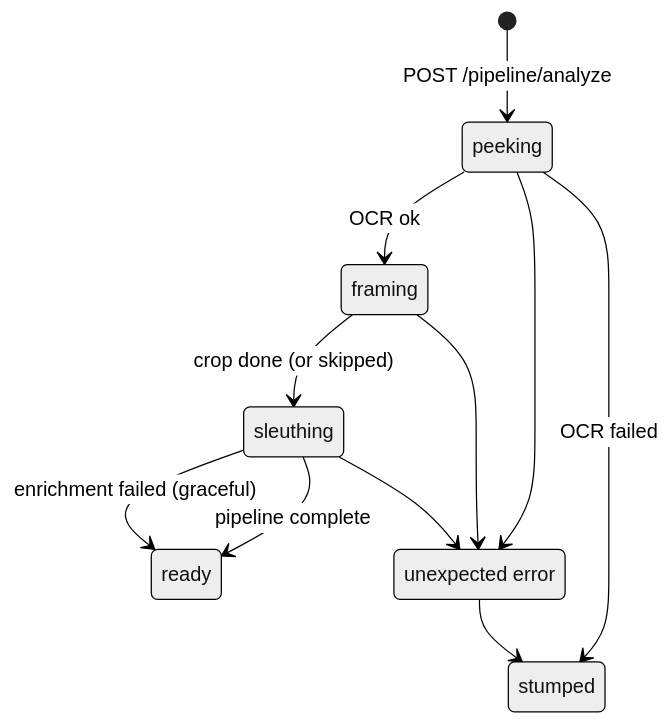
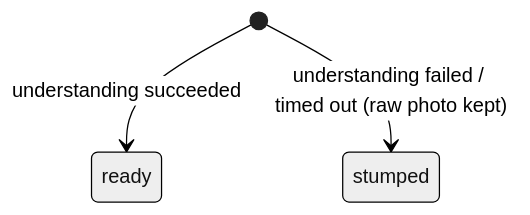
One commit to entropi-so/docs changed the diagram in api-reference/analyze.mdx. Above: the diagram before and after it, drawn with Mermaid (neutral theme). The commit also changed other lines of this file and 26 other files, not shown here.

````diff
--- a/api-reference/analyze.mdx
+++ b/api-reference/analyze.mdx
@@ -148,14 +153,5 @@
 ```mermaid
 stateDiagram-v2
-    [*] --> peeking: POST /pipeline/analyze
-    peeking --> framing: OCR ok
-    framing --> sleuthing: crop done (or skipped)
-    sleuthing --> ready: pipeline complete
-    peeking --> stumped: OCR failed
-    sleuthing --> ready: enrichment failed (graceful)
-    state "unexpected error" as err
-    peeking --> err
-    framing --> err
-    sleuthing --> err
-    err --> stumped
+    [*] --> ready: understanding succeeded
+    [*] --> stumped: understanding failed / timed out (raw photo kept)
 ```
````
